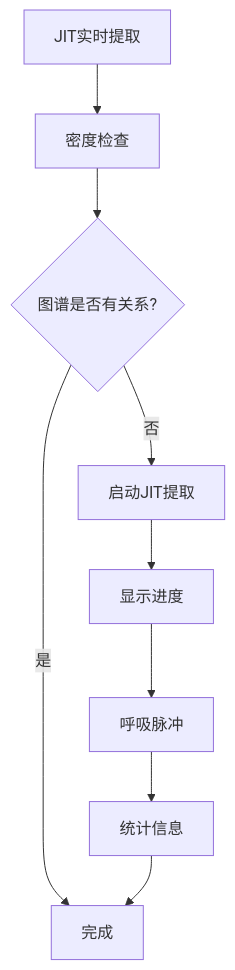
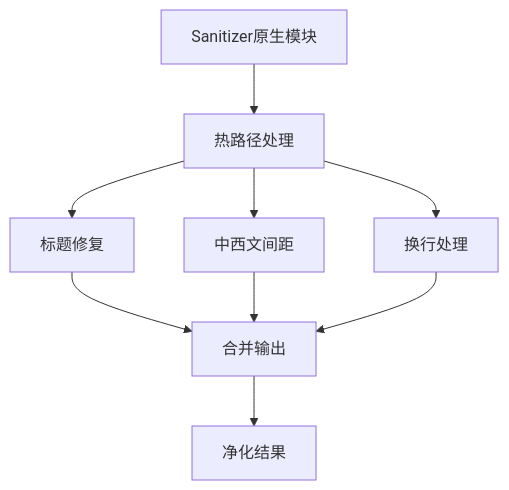
One commit to NarcisWL/Nexara changed the ninth of 21 diagrams in .qoder/repowiki/zh/content/聊天系统详解/聊天系统详解.md. Above: the diagram before and after it, drawn with Mermaid. The commit also changed other lines of this file and 5 other files, not shown here.

````diff
--- a/.qoder/repowiki/zh/content/聊天系统详解/聊天系统详解.md
+++ b/.qoder/repowiki/zh/content/聊天系统详解/聊天系统详解.md
@@ -391,11 +430,11 @@
 ```mermaid
 flowchart TD
-JIT["JIT实时提取"] --> Check["密度检查"]
-Check --> HasEdges{"图谱是否有关系?"}
-HasEdges --> |是| Complete["完成"]
-HasEdges --> |否| Extract["启动JIT提取"]
-Extract --> Progress["显示进度"]
-Progress --> Pulse["呼吸脉冲"]
-Pulse --> Stats["统计信息"]
-Stats --> Complete
+Sanitizer["Sanitizer原生模块"] --> HotPath["热路径处理"]
+HotPath --> HeadingFix["标题修复"]
+HotPath --> PanguSpacing["中西文间距"]
+HotPath --> LineBreak["换行处理"]
+HeadingFix --> Combined["合并输出"]
+PanguSpacing --> Combined
+LineBreak --> Combined
+Combined --> Result["净化结果"]
 ```
````
